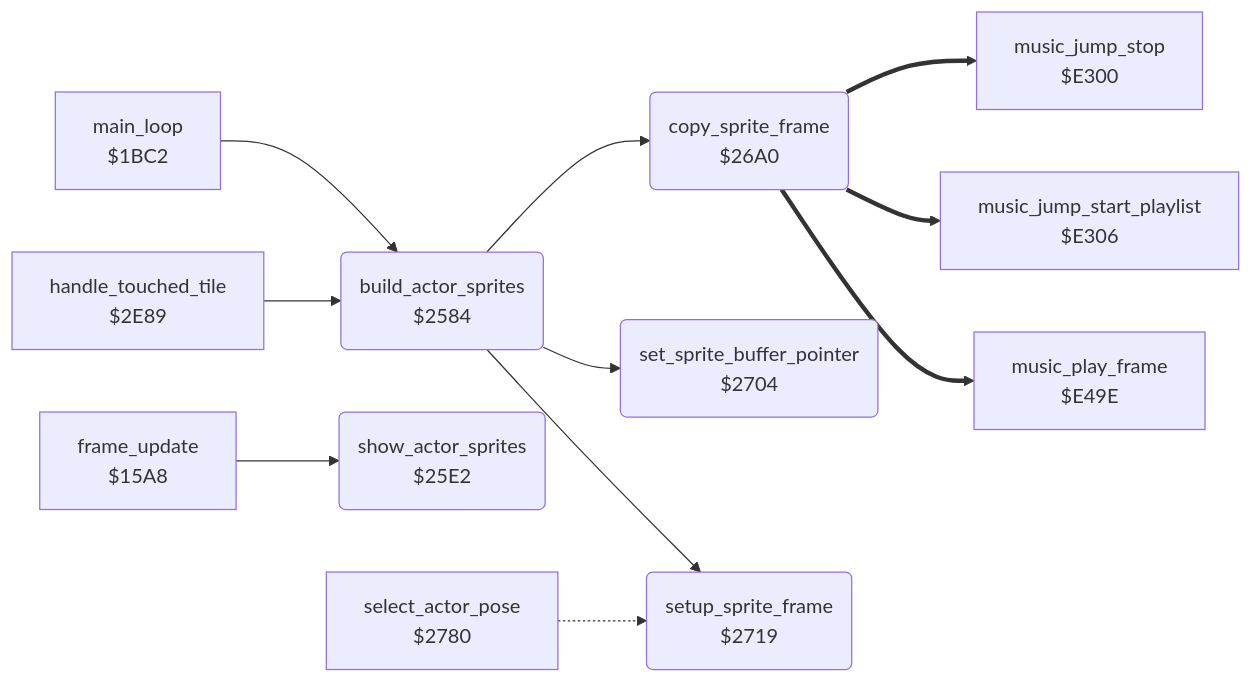
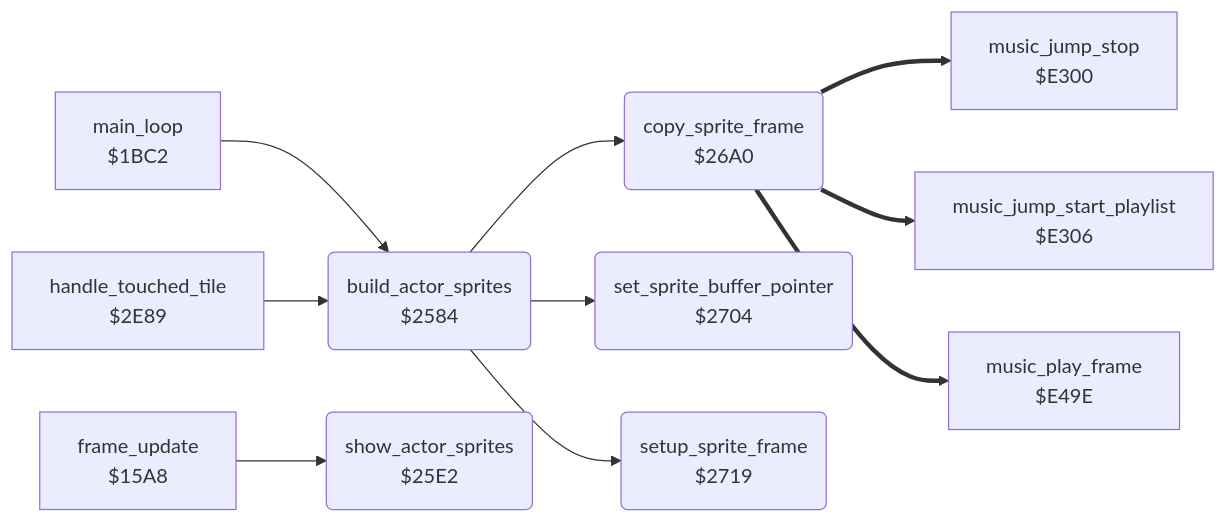
The diagram in bruce_lee/docs/reference/modules/actor/actor_sprites.md (henols/c64_games), drawn with Mermaid before and after one commit. The commit also changed other lines of this file and 236 other files, not shown here.

````diff
--- a/bruce_lee/docs/reference/modules/actor/actor_sprites.md
+++ b/bruce_lee/docs/reference/modules/actor/actor_sprites.md
@@ -10,25 +35,23 @@
 ```mermaid
 flowchart LR
   n15a8["frame_update<br/>$15A8"]
   n1bc2["main_loop<br/>$1BC2"]
   n2584("build_actor_sprites<br/>$2584")
   n25e2("show_actor_sprites<br/>$25E2")
   n26a0("copy_sprite_frame<br/>$26A0")
   n2704("set_sprite_buffer_pointer<br/>$2704")
   n2719("setup_sprite_frame<br/>$2719")
-  n2780["select_actor_pose<br/>$2780"]
   n2e89["handle_touched_tile<br/>$2E89"]
   ne300["music_jump_stop<br/>$E300"]
   ne306["music_jump_start_playlist<br/>$E306"]
   ne49e["music_play_frame<br/>$E49E"]
   n15a8 --> n25e2
   n1bc2 --> n2584
   n2584 --> n26a0
   n2584 --> n2704
   n2584 --> n2719
   n26a0 ==> ne300
   n26a0 ==> ne306
   n26a0 ==> ne49e
-  n2780 -.-> n2719
   n2e89 --> n2584
 ```
````
